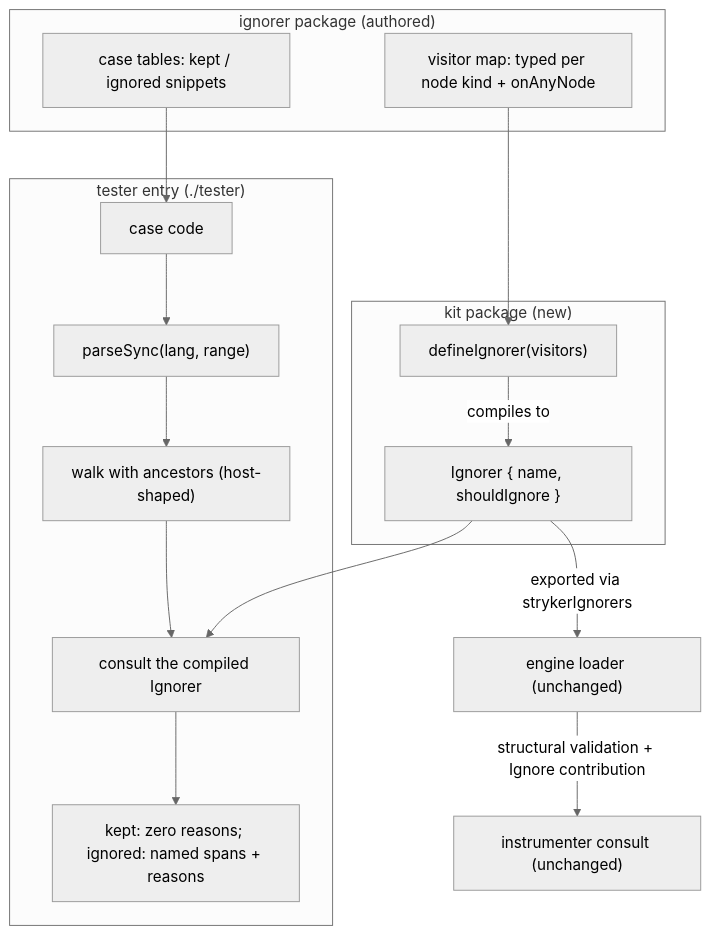
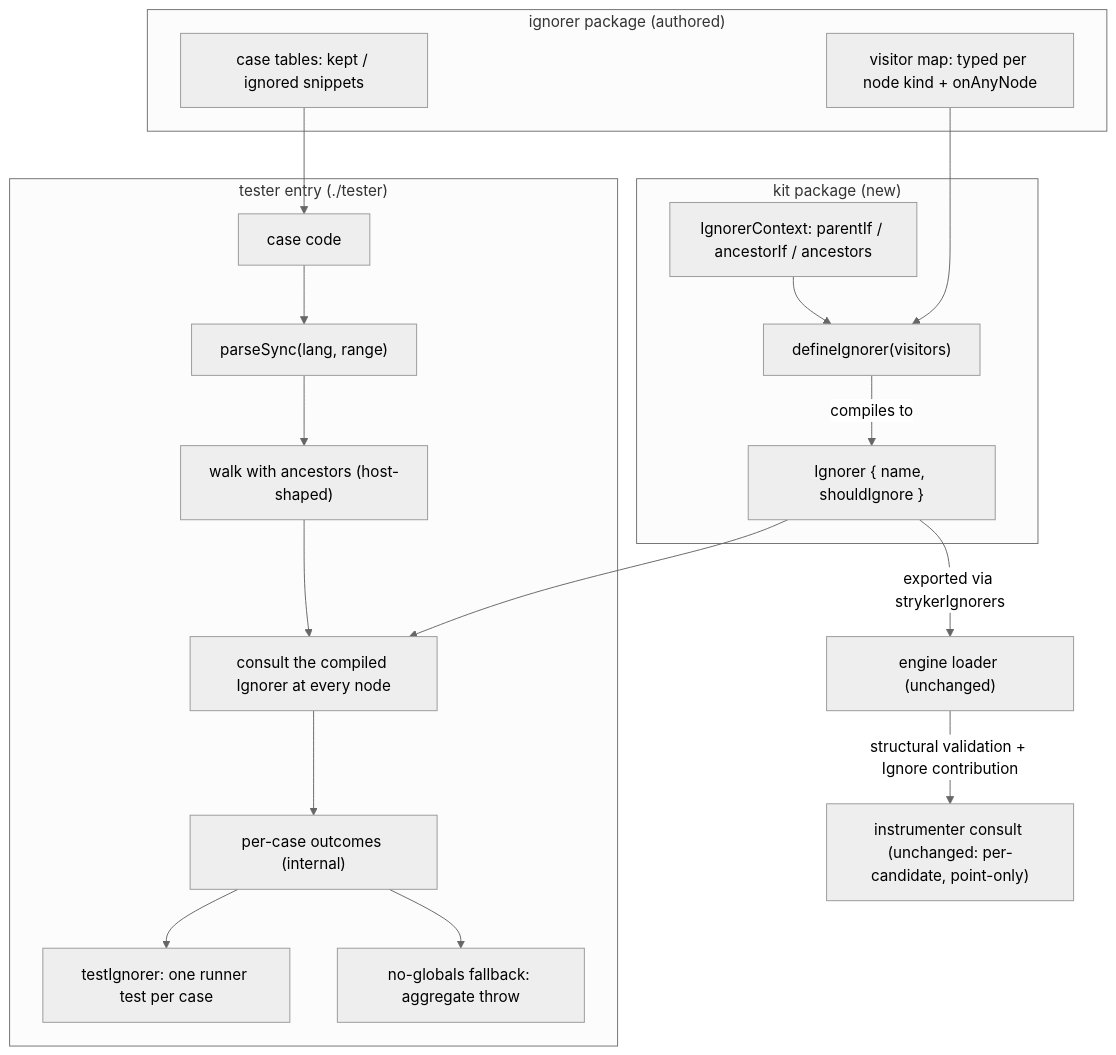
The diagram in docs/plans/2026-09-15-0016-feat-ignorer-authoring-rule-tester-kit-plan.md (systemfsoftware/stryker-js-effect), drawn with Mermaid (neutral theme) before and after one commit. The commit also changed other lines of this file, not shown here.

Commit message:
docs(repo): redesign ignorer kit plan on typed context and single-entry tester

````diff
--- a/docs/plans/2026-09-15-0016-feat-ignorer-authoring-rule-tester-kit-plan.md
+++ b/docs/plans/2026-09-15-0016-feat-ignorer-authoring-rule-tester-kit-plan.md
@@ -90,20 +93,23 @@
 ```mermaid
 flowchart TB
   subgraph kitpkg["kit package (new)"]
     def["defineIgnorer(visitors)"] -->|"compiles to"| ign["Ignorer { name, shouldIgnore }"]
+    ctx["IgnorerContext: parentIf / ancestorIf / ancestors"] --> def
   end
   subgraph ignorerpkg["ignorer package (authored)"]
     visitors["visitor map: typed per node kind + onAnyNode"] --> def
     cases["case tables: kept / ignored snippets"]
   end
   ign -->|"exported via strykerIgnorers"| engine["engine loader (unchanged)"]
-  engine -->|"structural validation + Ignore contribution"| instr["instrumenter consult (unchanged)"]
+  engine -->|"structural validation + Ignore contribution"| instr["instrumenter consult (unchanged: per-candidate, point-only)"]
   subgraph tester["tester entry (./tester)"]
     snippet["case code"] --> parse["parseSync(lang, range)"]
     parse --> walk["walk with ancestors (host-shaped)"]
-    walk --> consult["consult the compiled Ignorer"]
-    consult --> assert["kept: zero reasons; ignored: named spans + reasons"]
+    walk --> consult["consult the compiled Ignorer at every node"]
+    consult --> outcomes["per-case outcomes (internal)"]
+    outcomes --> reg["testIgnorer: one runner test per case"]
+    outcomes --> fall["no-globals fallback: aggregate throw"]
   end
   cases --> snippet
   ign --> consult
 ```
````
